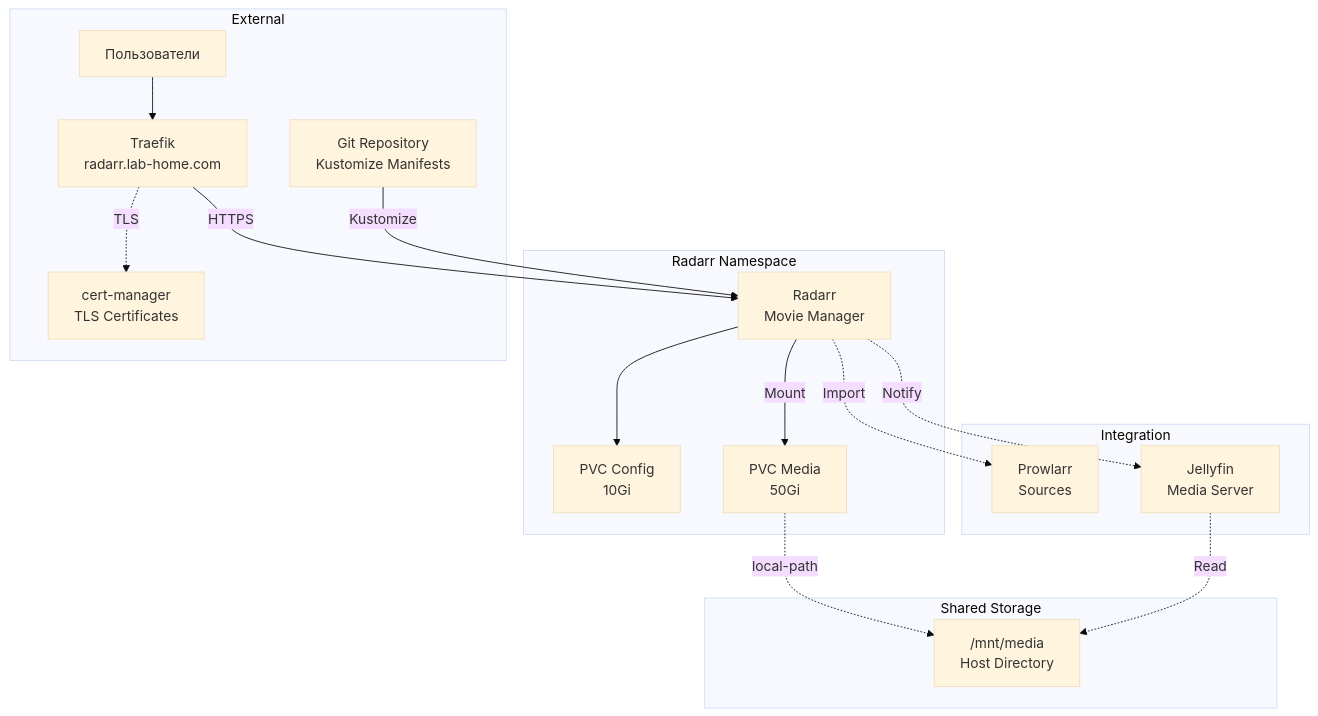
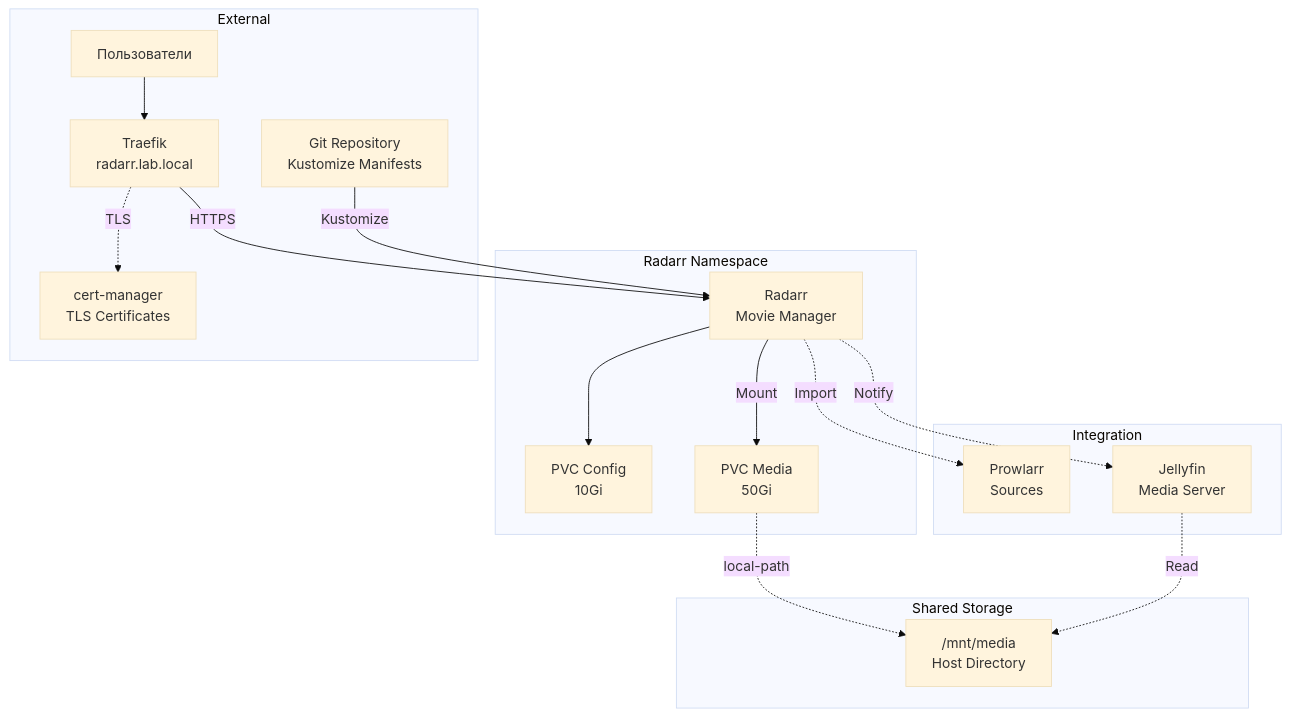
One commit to barmaglot351/k3s-test changed the diagram in argocd-apps/media-server-stack/radarr/README.md. Above: the diagram before and after it, drawn with Mermaid (base theme). The commit also changed other lines of this file and 10 other files, not shown here.

````diff
--- a/argocd-apps/media-server-stack/radarr/README.md
+++ b/argocd-apps/media-server-stack/radarr/README.md
@@ -84,37 +78,37 @@
 ```mermaid
 graph TB
     subgraph radarrNs [Radarr Namespace]
         Radarr[Radarr<br/>Movie Manager]
         ConfigPVC[PVC Config<br/>10Gi]
         MediaPVC[PVC Media<br/>50Gi]
     end
     
     subgraph external [External]
-        Ingress[Traefik<br/>radarr.lab-home.com]
+        Ingress[Traefik<br/>radarr.lab.local]
         CertManager[cert-manager<br/>TLS Certificates]
         Users[Пользователи]
         GitRepo[Git Repository<br/>Kustomize Manifests]
     end
     
     subgraph integration [Integration]
         Prowlarr[Prowlarr<br/>Sources]
         Jellyfin[Jellyfin<br/>Media Server]
     end
     
     subgraph storage [Shared Storage]
         HostMedia["/mnt/media<br/>Host Directory"]
     end
     
     Users --> Ingress
     Ingress -->|HTTPS| Radarr
     Ingress -.->|TLS| CertManager
     Radarr --> ConfigPVC
     Radarr -->|Mount| MediaPVC
     GitRepo -->|Kustomize| Radarr
     
     MediaPVC -.->|local-path| HostMedia
     
     Radarr -.->|Import| Prowlarr
     Radarr -.->|Notify| Jellyfin
     Jellyfin -.->|Read| HostMedia
 ```
````
